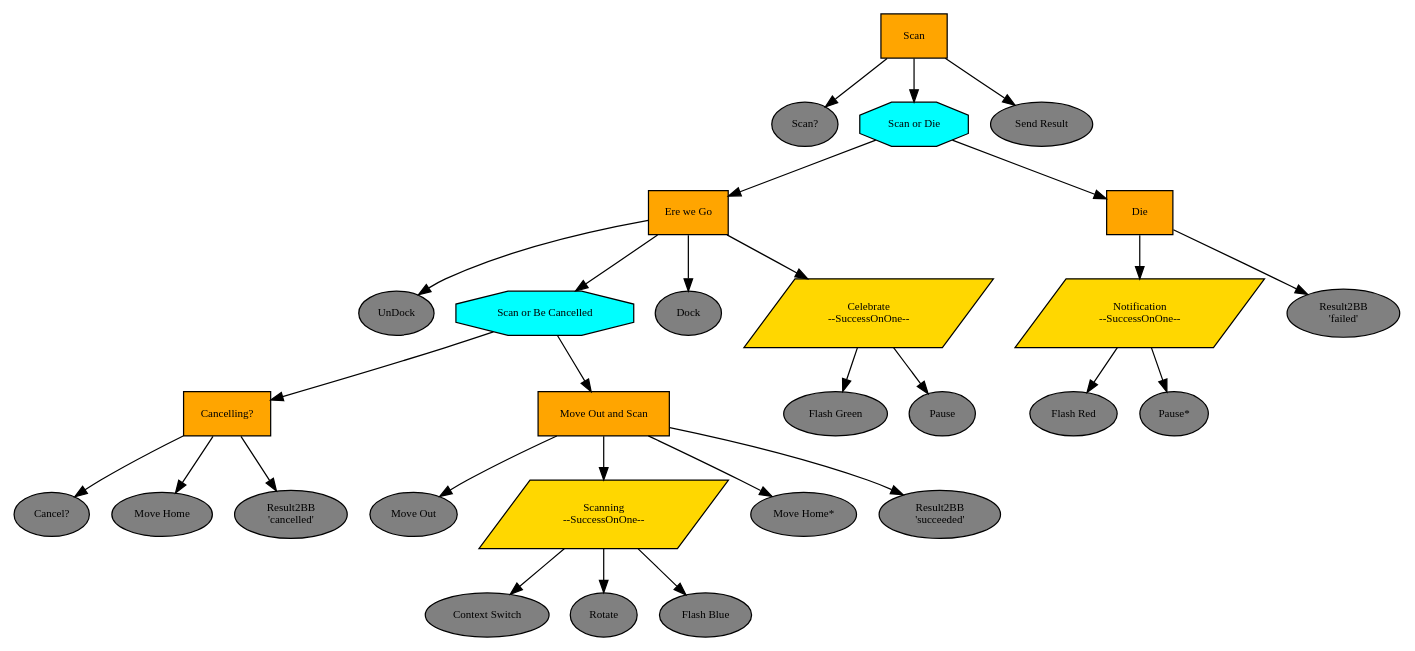
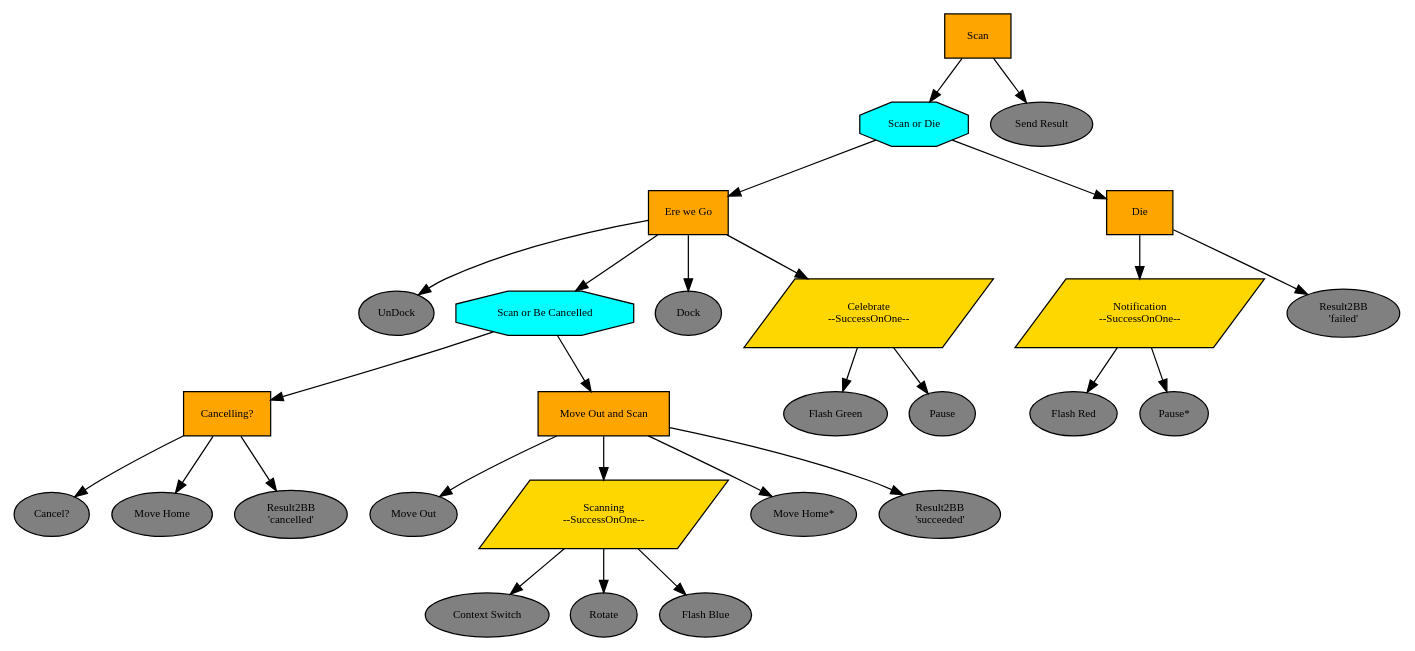
Before and after one commit to splintered-reality/py_trees_ros_tutorials: the diagram in doc/dot/tutorial-eight-application-subtree.dot, drawn with Graphviz. The commit also changed 3 other files, not shown here.

```diff
--- a/doc/dot/tutorial-eight-application-subtree.dot
+++ b/doc/dot/tutorial-eight-application-subtree.dot
@@ -1,60 +1,58 @@
 digraph pastafarianism {
 graph [fontname="times-roman"];
 node [fontname="times-roman"];
 edge [fontname="times-roman"];
 Scan [label=Scan, shape=box, style=filled, fillcolor=orange, fontsize=9, fontcolor=black];
-"Scan?" [label="Scan?", shape=ellipse, style=filled, fillcolor=gray, fontsize=9, fontcolor=black];
-Scan -> "Scan?";
 "Scan or Die" [label="Scan or Die", shape=octagon, style=filled, fillcolor=cyan, fontsize=9, fontcolor=black];
 Scan -> "Scan or Die";
 "Ere we Go" [label="Ere we Go", shape=box, style=filled, fillcolor=orange, fontsize=9, fontcolor=black];
 "Scan or Die" -> "Ere we Go";
 UnDock [label=UnDock, shape=ellipse, style=filled, fillcolor=gray, fontsize=9, fontcolor=black];
 "Ere we Go" -> UnDock;
 "Scan or Be Cancelled" [label="Scan or Be Cancelled", shape=octagon, style=filled, fillcolor=cyan, fontsize=9, fontcolor=black];
 "Ere we Go" -> "Scan or Be Cancelled";
 "Cancelling?" [label="Cancelling?", shape=box, style=filled, fillcolor=orange, fontsize=9, fontcolor=black];
 "Scan or Be Cancelled" -> "Cancelling?";
 "Cancel?" [label="Cancel?", shape=ellipse, style=filled, fillcolor=gray, fontsize=9, fontcolor=black];
 "Cancelling?" -> "Cancel?";
 "Move Home" [label="Move Home", shape=ellipse, style=filled, fillcolor=gray, fontsize=9, fontcolor=black];
 "Cancelling?" -> "Move Home";
 "Result2BB\n'cancelled'" [label="Result2BB\n'cancelled'", shape=ellipse, style=filled, fillcolor=gray, fontsize=9, fontcolor=black];
 "Cancelling?" -> "Result2BB\n'cancelled'";
 "Move Out and Scan" [label="Move Out and Scan", shape=box, style=filled, fillcolor=orange, fontsize=9, fontcolor=black];
 "Scan or Be Cancelled" -> "Move Out and Scan";
 "Move Out" [label="Move Out", shape=ellipse, style=filled, fillcolor=gray, fontsize=9, fontcolor=black];
 "Move Out and Scan" -> "Move Out";
 Scanning [label="Scanning\n--SuccessOnOne--", shape=parallelogram, style=filled, fillcolor=gold, fontsize=9, fontcolor=black];
 "Move Out and Scan" -> Scanning;
 "Context Switch" [label="Context Switch", shape=ellipse, style=filled, fillcolor=gray, fontsize=9, fontcolor=black];
 Scanning -> "Context Switch";
 Rotate [label=Rotate, shape=ellipse, style=filled, fillcolor=gray, fontsize=9, fontcolor=black];
 Scanning -> Rotate;
 "Flash Blue" [label="Flash Blue", shape=ellipse, style=filled, fillcolor=gray, fontsize=9, fontcolor=black];
 Scanning -> "Flash Blue";
 "Move Home*" [label="Move Home*", shape=ellipse, style=filled, fillcolor=gray, fontsize=9, fontcolor=black];
 "Move Out and Scan" -> "Move Home*";
 "Result2BB\n'succeeded'" [label="Result2BB\n'succeeded'", shape=ellipse, style=filled, fillcolor=gray, fontsize=9, fontcolor=black];
 "Move Out and Scan" -> "Result2BB\n'succeeded'";
 Dock [label=Dock, shape=ellipse, style=filled, fillcolor=gray, fontsize=9, fontcolor=black];
 "Ere we Go" -> Dock;
 Celebrate [label="Celebrate\n--SuccessOnOne--", shape=parallelogram, style=filled, fillcolor=gold, fontsize=9, fontcolor=black];
 "Ere we Go" -> Celebrate;
 "Flash Green" [label="Flash Green", shape=ellipse, style=filled, fillcolor=gray, fontsize=9, fontcolor=black];
 Celebrate -> "Flash Green";
 Pause [label=Pause, shape=ellipse, style=filled, fillcolor=gray, fontsize=9, fontcolor=black];
 Celebrate -> Pause;
 Die [label=Die, shape=box, style=filled, fillcolor=orange, fontsize=9, fontcolor=black];
 "Scan or Die" -> Die;
 Notification [label="Notification\n--SuccessOnOne--", shape=parallelogram, style=filled, fillcolor=gold, fontsize=9, fontcolor=black];
 Die -> Notification;
 "Flash Red" [label="Flash Red", shape=ellipse, style=filled, fillcolor=gray, fontsize=9, fontcolor=black];
 Notification -> "Flash Red";
 "Pause*" [label="Pause*", shape=ellipse, style=filled, fillcolor=gray, fontsize=9, fontcolor=black];
 Notification -> "Pause*";
 "Result2BB\n'failed'" [label="Result2BB\n'failed'", shape=ellipse, style=filled, fillcolor=gray, fontsize=9, fontcolor=black];
 Die -> "Result2BB\n'failed'";
 "Send Result" [label="Send Result", shape=ellipse, style=filled, fillcolor=gray, fontsize=9, fontcolor=black];
 Scan -> "Send Result";
 }
```
